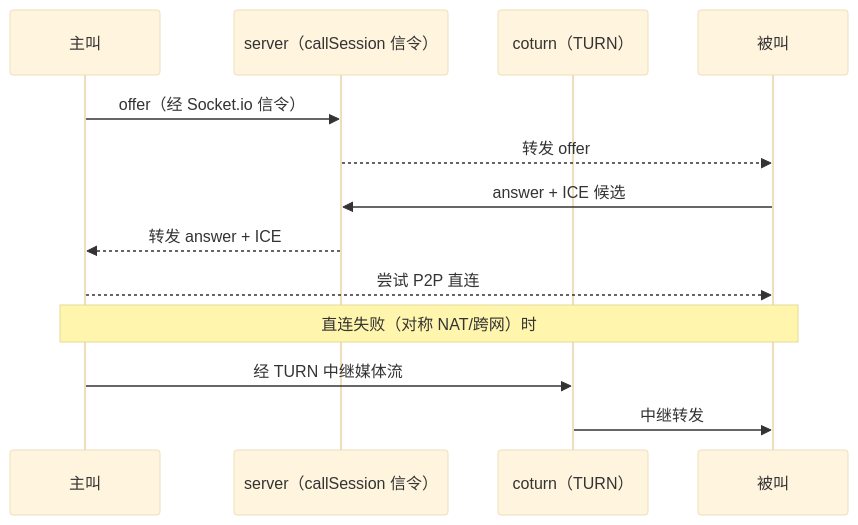
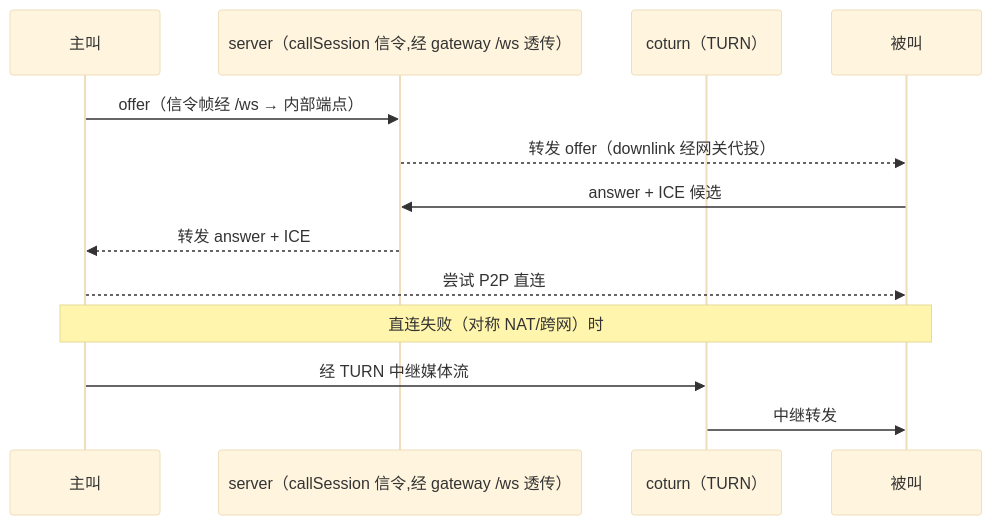
One commit to talqora/talqora changed the eighth of 10 diagrams in docs/架构/系统架构图.md. Above: the diagram before and after it, drawn with Mermaid (base theme). The commit also changed other lines of this file, not shown here.

Commit message:
docs: 架构图同步连接层替换目标态

````diff
--- a/docs/架构/系统架构图.md
+++ b/docs/架构/系统架构图.md
@@ -396,15 +404,15 @@
 ```mermaid
 sequenceDiagram
     participant A as 主叫
-    participant S as server（callSession 信令）
+    participant S as server（callSession 信令,经 gateway /ws 透传）
     participant T as coturn（TURN）
     participant B as 被叫
-    A->>S: offer（经 Socket.io 信令）
-    S-->>B: 转发 offer
+    A->>S: offer（信令帧经 /ws → 内部端点）
+    S-->>B: 转发 offer（downlink 经网关代投）
     B->>S: answer + ICE 候选
     S-->>A: 转发 answer + ICE
     A-->>B: 尝试 P2P 直连
     Note over A,B: 直连失败（对称 NAT/跨网）时
     A->>T: 经 TURN 中继媒体流
     T->>B: 中继转发
 ```
````
